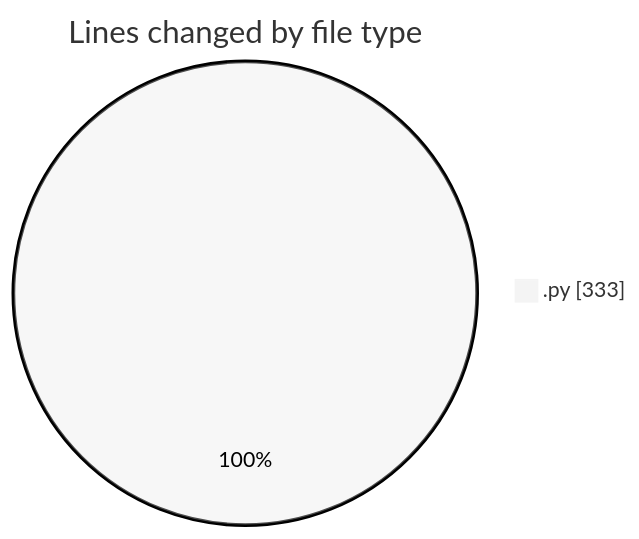
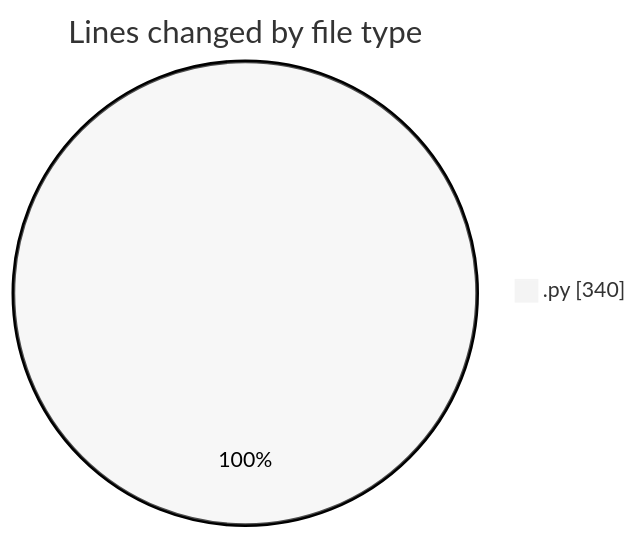
The first of 2 diagrams in 2025-01-09/python/README.md (CELIANVF/code-tracking), drawn with Mermaid (neutral theme) before and after one commit. The commit also changed other lines of this file and 1 other file, not shown here.

````diff
--- a/2025-01-09/python/README.md
+++ b/2025-01-09/python/README.md
@@ -20,5 +20,5 @@
 ```mermaid
 pie showData
 title Lines changed by file type
-".py" : 333
+".py" : 340
 ```
````
